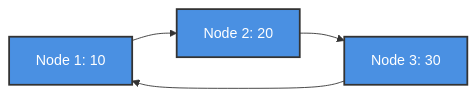
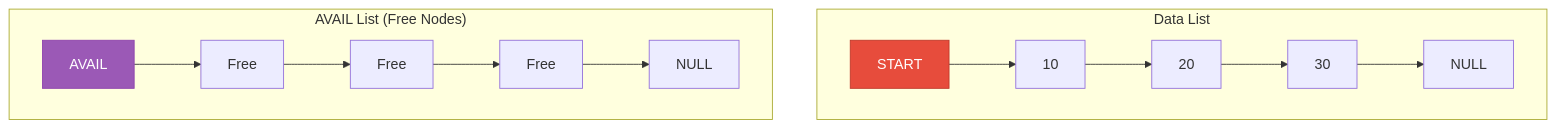
Before and after one commit to M-F-Tushar/CSE-2101-Data-Structure: diagram 11 of 27 in Chapter 5 - Linked Lists/README.md, drawn with Mermaid. The commit also changed other lines of this file, not shown here.

````diff
--- a/Chapter 5 - Linked Lists/README.md
+++ b/Chapter 5 - Linked Lists/README.md
@@ -768,10 +429,19 @@
 ```mermaid
-graph LR
-    A["Node 1: 10"] --> B["Node 2: 20"]
-    B --> C["Node 3: 30"]
-    C --> A
+graph TD
+    subgraph "Data List"
+        START["START"] --> D1["10"]
+        D1 --> D2["20"]
+        D2 --> D3["30"]
+        D3 --> NULL1["NULL"]
+    end
     
-    style A fill:#4A90E2,stroke:#333,stroke-width:2px,color:#fff
-    style B fill:#4A90E2,stroke:#333,stroke-width:2px,color:#fff
-    style C fill:#4A90E2,stroke:#333,stroke-width:2px,color:#fff
+    subgraph "AVAIL List (Free Nodes)"
+        AVAIL["AVAIL"] --> F1["Free"]
+        F1 --> F2["Free"]
+        F2 --> F3["Free"]
+        F3 --> NULL2["NULL"]
+    end
+    
+    style START fill:#e74c3c,stroke:#c0392b,color:#fff
+    style AVAIL fill:#9b59b6,stroke:#8e44ad,color:#fff
 ```
````
